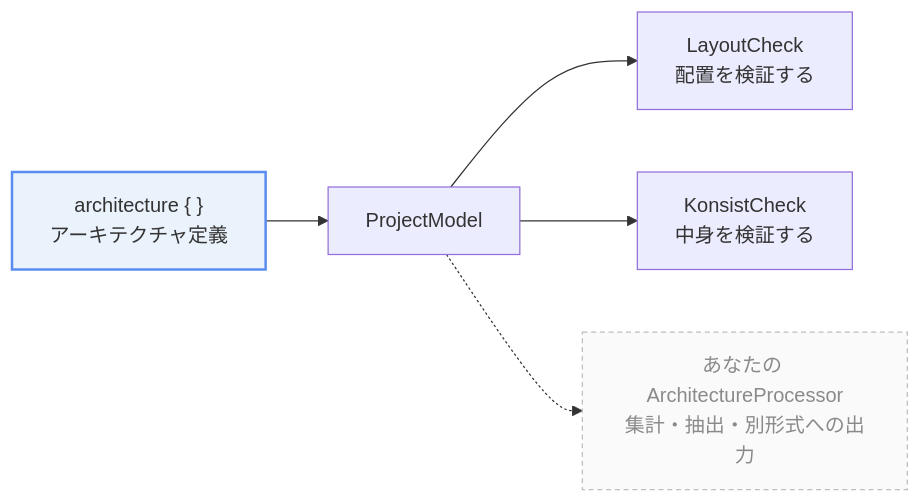
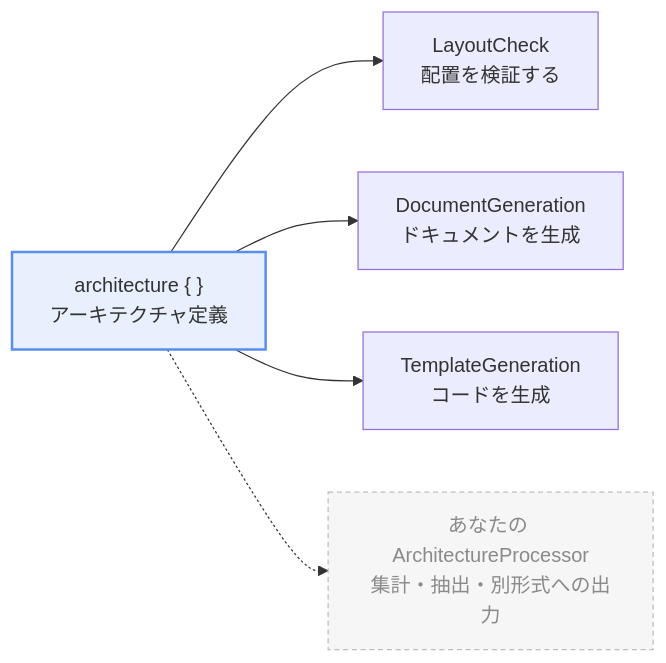
Before and after one commit to TBSten/katachi: the diagram in docs/src/content/docs/ja/guides/processor.mdx, drawn with Mermaid. The commit also changed other lines of this file and 10 other files, not shown here.

````diff
--- a/docs/src/content/docs/ja/guides/processor.mdx
+++ b/docs/src/content/docs/ja/guides/processor.mdx
@@ -24,10 +36,11 @@
 ```mermaid
 flowchart LR
-    D["architecture { }<br/>アーキテクチャ定義"] --> M["ProjectModel"]
-    M --> L["LayoutCheck<br/>配置を検証する"]
-    M --> K["KonsistCheck<br/>中身を検証する"]
-    M -.-> C["あなたの ArchitectureProcessor<br/>集計・抽出・別形式への出力"]
+    D["architecture { }<br/>アーキテクチャ定義"]
+    D --> Layout["LayoutCheck<br/>配置を検証する"]
+    D --> Doc["DocumentGeneration<br/>ドキュメントを生成"]
+    D --> Template["TemplateGeneration<br/>コードを生成"]
+    D -.-> Custom["あなたの ArchitectureProcessor<br/>集計・抽出・別形式への出力"]
 
-    style D fill:#EAF2FB,stroke:#5B8DEF,stroke-width:2px
-    style C fill:#FAFAFA,stroke:#BDBDBD,stroke-dasharray:4 3,color:#8A8A8A
+    style D fill:#5B8DEF22,stroke:#5B8DEF,stroke-width:2px
+    style Custom fill:#BDBDBD22,stroke:#BDBDBD,stroke-dasharray:4 3,color:#8A8A8A
 ```
````
